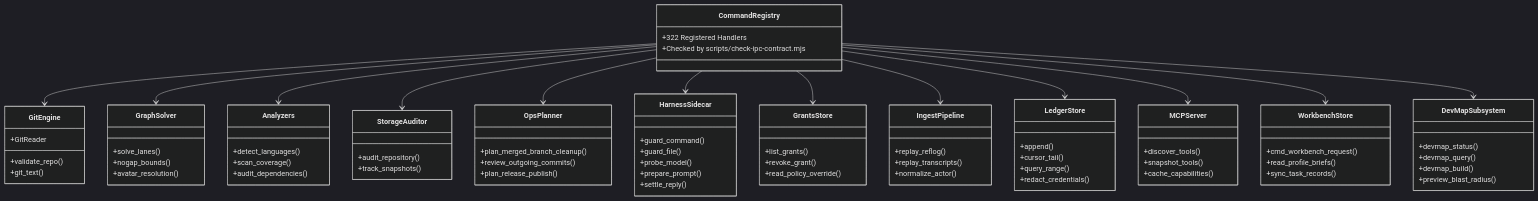
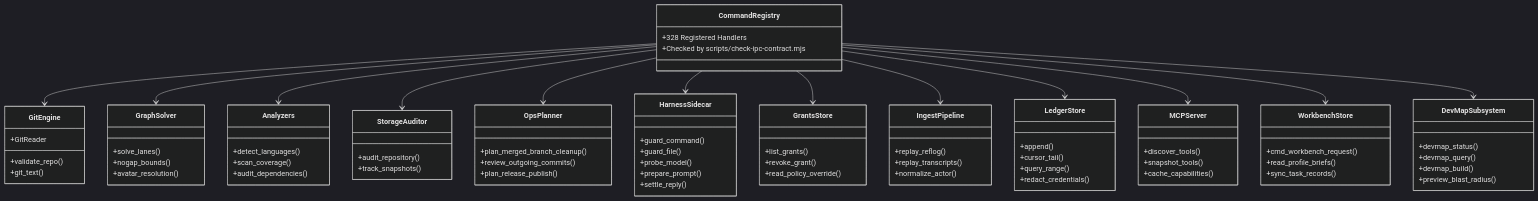
One commit to bharathvbcr/GitPulse changed the third of 5 diagrams in docs/ARCHITECTURE.md. Above: the diagram before and after it, drawn with Mermaid (dark theme). The commit also changed other lines of this file and 200 other files, not shown here.

````diff
--- a/docs/ARCHITECTURE.md
+++ b/docs/ARCHITECTURE.md
@@ -205,7 +205,7 @@
 ```mermaid
 classDiagram
     class CommandRegistry {
-        +322 Registered Handlers
+        +328 Registered Handlers
         +Checked by scripts/check-ipc-contract.mjs
     }
     class GitEngine {
````
